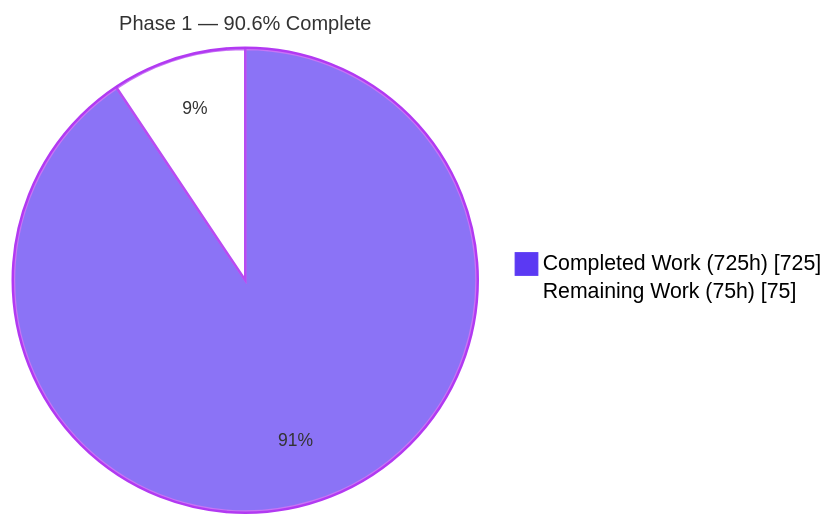
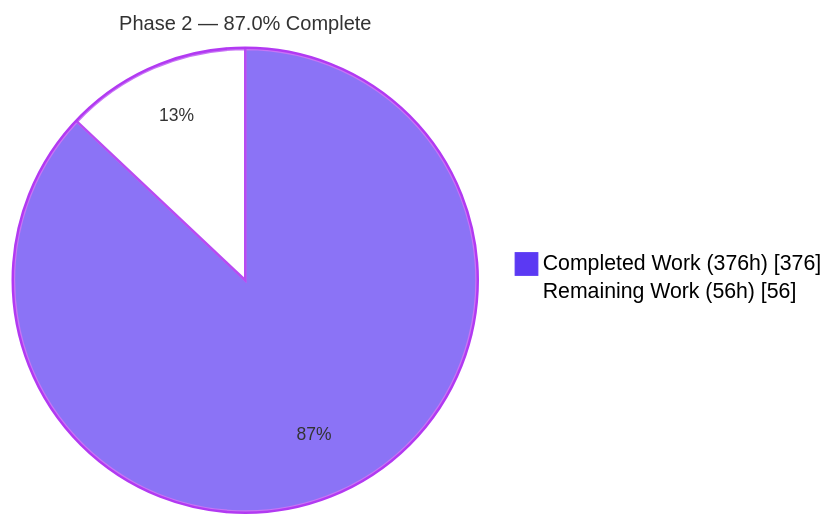
Before and after one commit to Blitzy-Sandbox/blitzy-odoo: the first of 4 diagrams in blitzy/documentation/Project Guide.md, drawn with Mermaid. The commit also changed other lines of this file, not shown here.

Commit message:
Adding Blitzy Project Guide: Project Status and Human Tasks Remaining

````diff
--- a/blitzy/documentation/Project Guide.md
+++ b/blitzy/documentation/Project Guide.md
@@ -18,6 +18,6 @@
 ```mermaid
 %%{init: {'theme':'base','themeVariables':{'pie1':'#5B39F3','pie2':'#FFFFFF','pieStrokeColor':'#B23AF2','pieOuterStrokeColor':'#B23AF2','pieOuterStrokeWidth':'2px','pieTitleTextSize':'16px','pieSectionTextSize':'14px','pieLegendTextColor':'#000000'}}}%%
-pie showData title Phase 1 — 90.6% Complete
-    "Completed Work (725h)" : 725
-    "Remaining Work (75h)" : 75
+pie showData title Phase 2 — 87.0% Complete
+    "Completed Work (376h)" : 376
+    "Remaining Work (56h)" : 56
 ```
````
